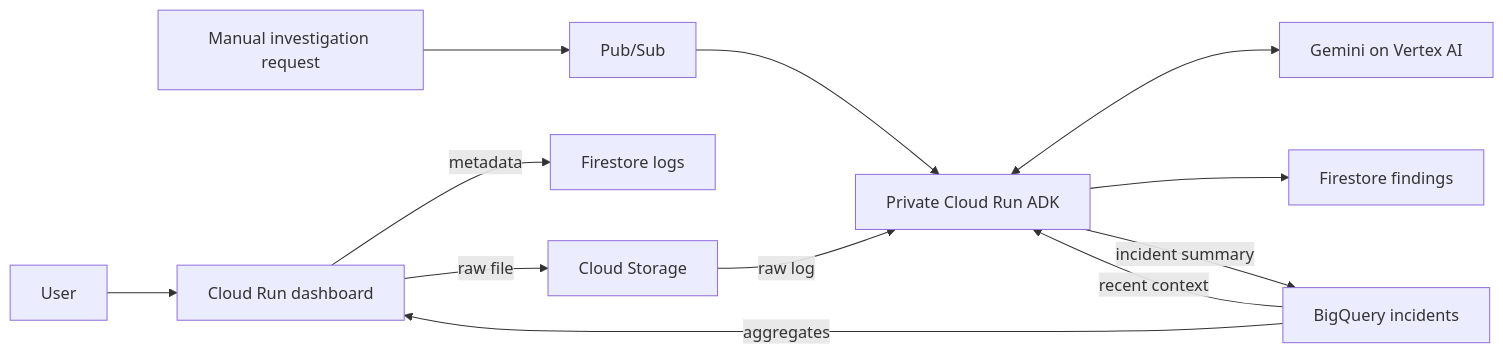
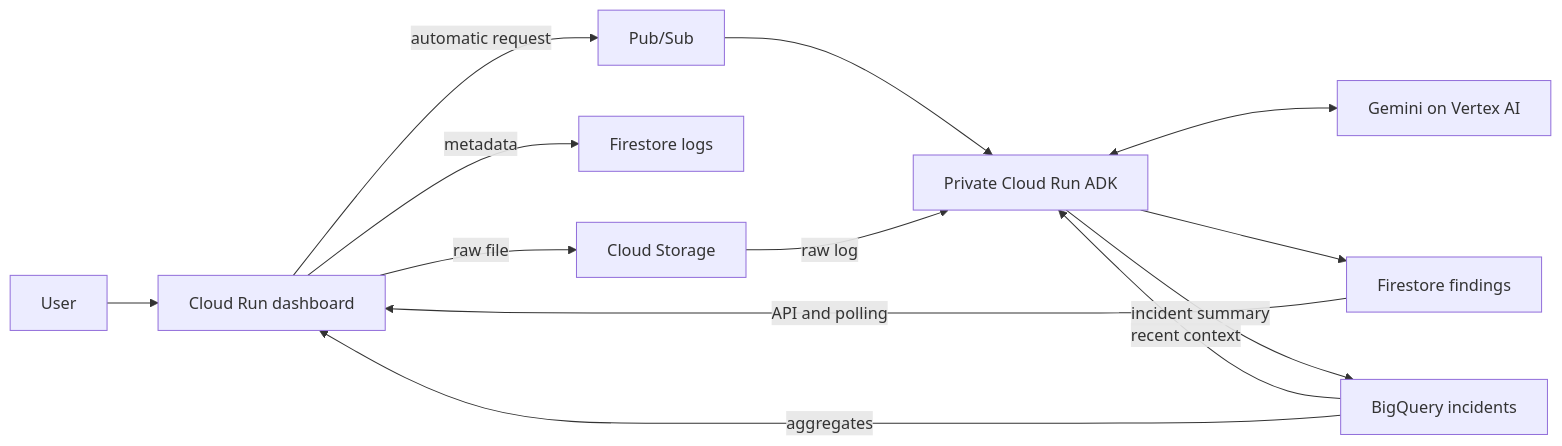
One commit to zeinhaidara/gcp-ai-log-analyzer changed the diagram in infra/Analytics-VPC-handoff.md. Above: the diagram before and after it, drawn with Mermaid. The commit also changed other lines of this file and 14 other files, not shown here.

````diff
--- a/infra/Analytics-VPC-handoff.md
+++ b/infra/Analytics-VPC-handoff.md
@@ -30,14 +30,15 @@
 ```mermaid
 flowchart LR
     User --> Dashboard[Cloud Run dashboard]
     Dashboard -->|raw file| Storage[Cloud Storage]
     Dashboard -->|metadata| Logs[Firestore logs]
-    Operator[Manual investigation request] --> Topic[Pub/Sub]
+    Dashboard -->|automatic request| Topic[Pub/Sub]
     Topic --> Agent[Private Cloud Run ADK]
     Storage -->|raw log| Agent
     History[BigQuery incidents] -->|recent context| Agent
     Agent <--> Gemini[Gemini on Vertex AI]
     Agent --> Findings[Firestore findings]
+    Findings -->|API and polling| Dashboard
     Agent -->|incident summary| History
     History -->|aggregates| Dashboard
 ```
````
